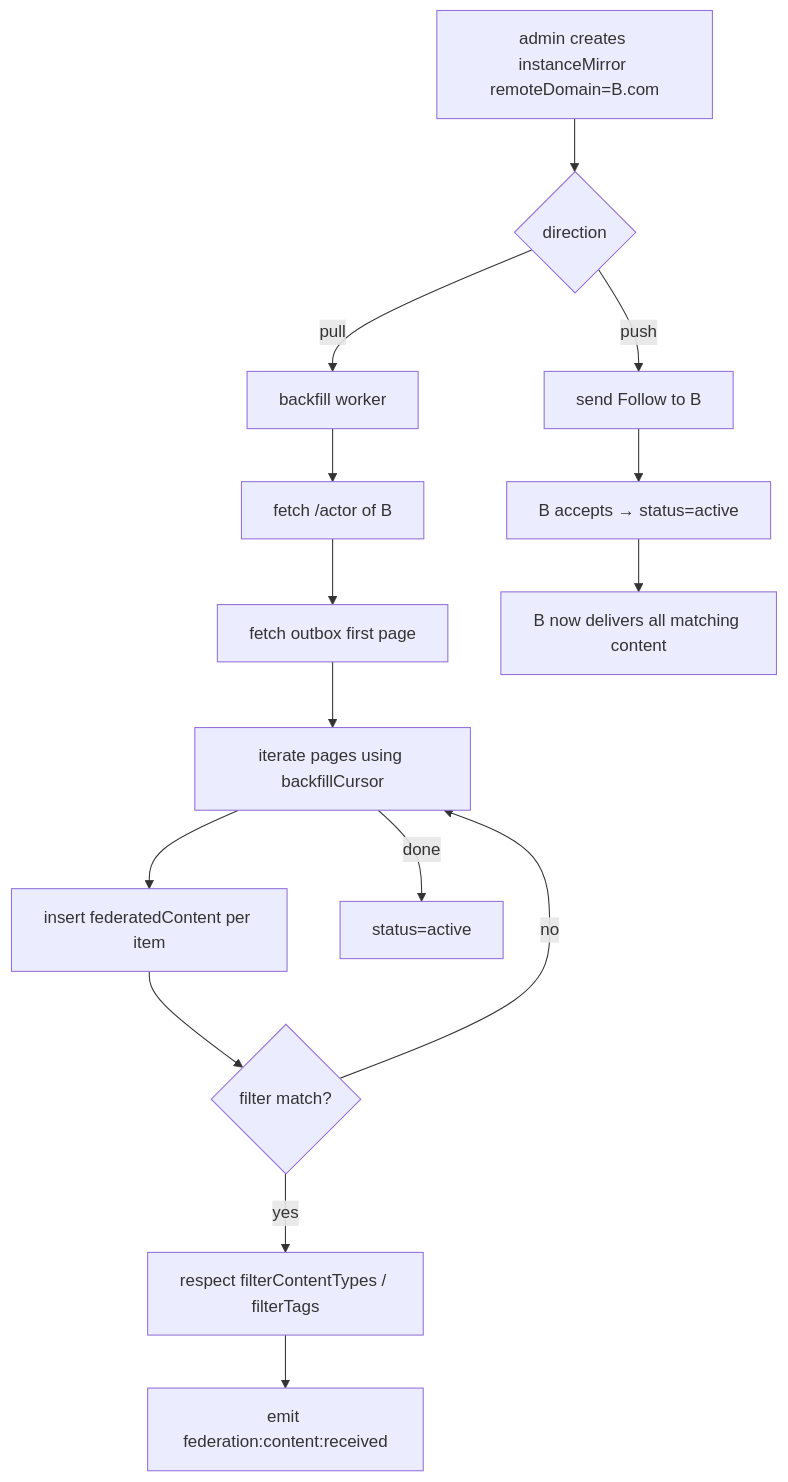
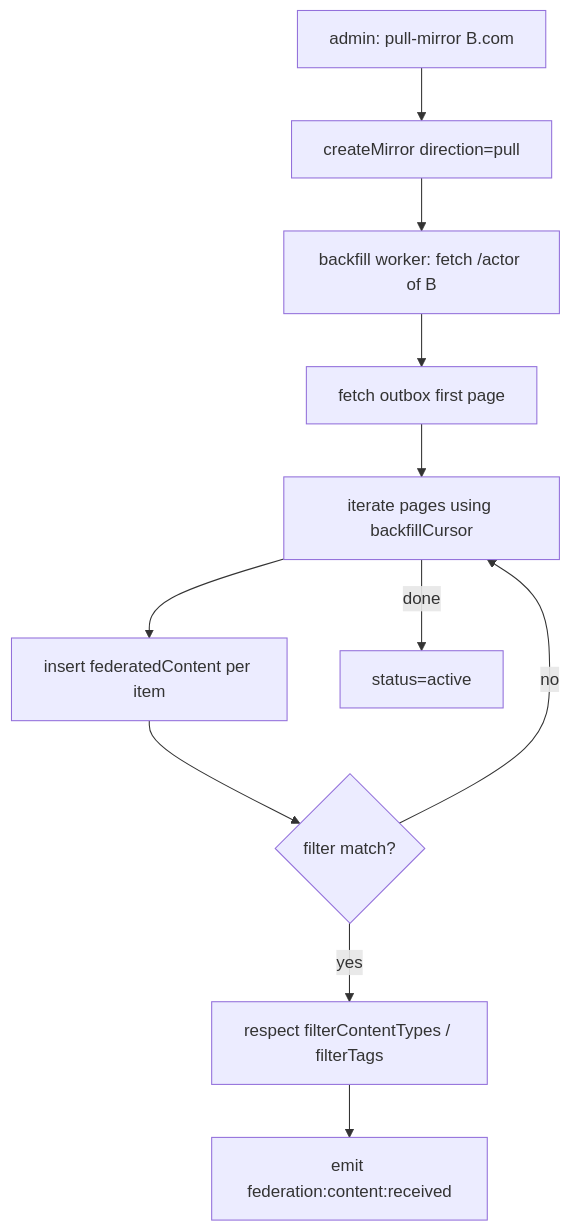
Before and after one commit to commonpub/commonpub: diagram 12 of 16 in codebase-analysis/07-state-diagrams.md, drawn with Mermaid. The commit also changed other lines of this file and 37 other files, not shown here.

````diff
--- a/codebase-analysis/07-state-diagrams.md
+++ b/codebase-analysis/07-state-diagrams.md
@@ -268,18 +294,13 @@
 ```mermaid
 flowchart TD
-    A[admin creates instanceMirror remoteDomain=B.com] --> B{direction}
-    B -->|pull| C[backfill worker]
-    C --> D[fetch /actor of B]
+    A[admin: pull-mirror B.com] --> C[createMirror direction=pull]
+    C --> D[backfill worker: fetch /actor of B]
     D --> E[fetch outbox first page]
     E --> F[iterate pages using backfillCursor]
     F --> G[insert federatedContent per item]
     G --> H{filter match?}
     H -->|no| F
     H -->|yes| I[respect filterContentTypes / filterTags]
     I --> J[emit federation:content:received]
     F -->|done| K[status=active]
-
-    B -->|push| L[send Follow to B]
-    L --> M[B accepts → status=active]
-    M --> N[B now delivers all matching content]
 ```
````
